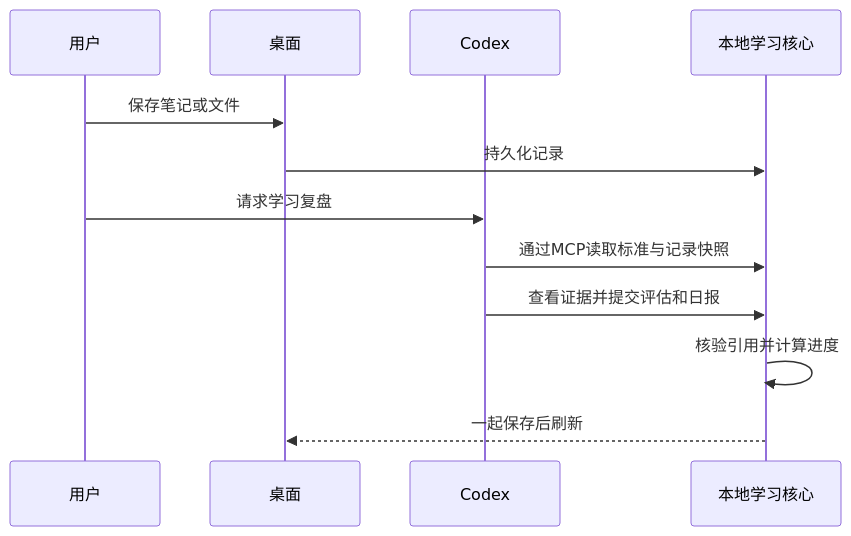
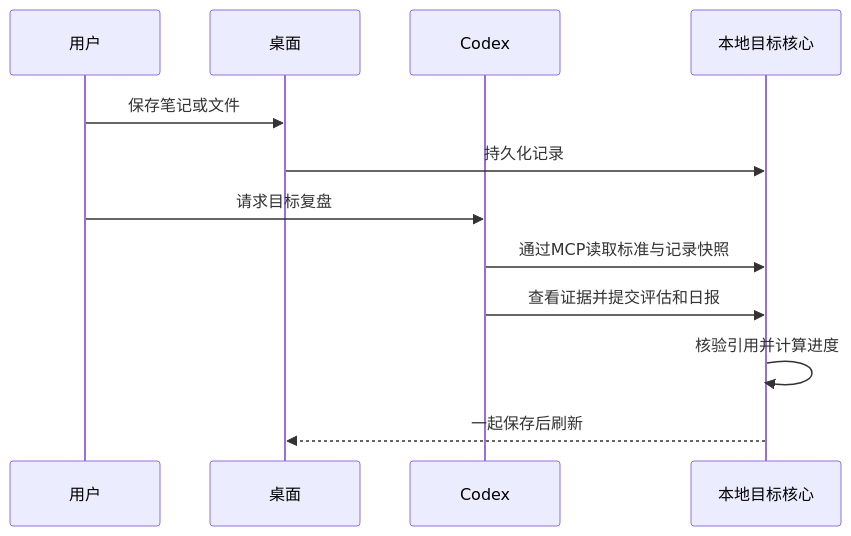
Before and after one commit to RichardF123/How-far-from-now-on---An-AI-to-do-list-tool: the diagram in README.zh-CN.md, drawn with Mermaid. The commit also changed other lines of this file and 17 other files, not shown here.

````diff
--- a/README.zh-CN.md
+++ b/README.zh-CN.md
@@ -60,14 +62,14 @@
 ```mermaid
 sequenceDiagram
     participant 用户
     participant 桌面
     participant Codex
-    participant 核心 as 本地学习核心
+    participant 核心 as 本地目标核心
     用户->>桌面: 保存笔记或文件
     桌面->>核心: 持久化记录
-    用户->>Codex: 请求学习复盘
+    用户->>Codex: 请求目标复盘
     Codex->>核心: 通过MCP读取标准与记录快照
     Codex->>核心: 查看证据并提交评估和日报
     核心->>核心: 核验引用并计算进度
     核心-->>桌面: 一起保存后刷新
 ```
````
